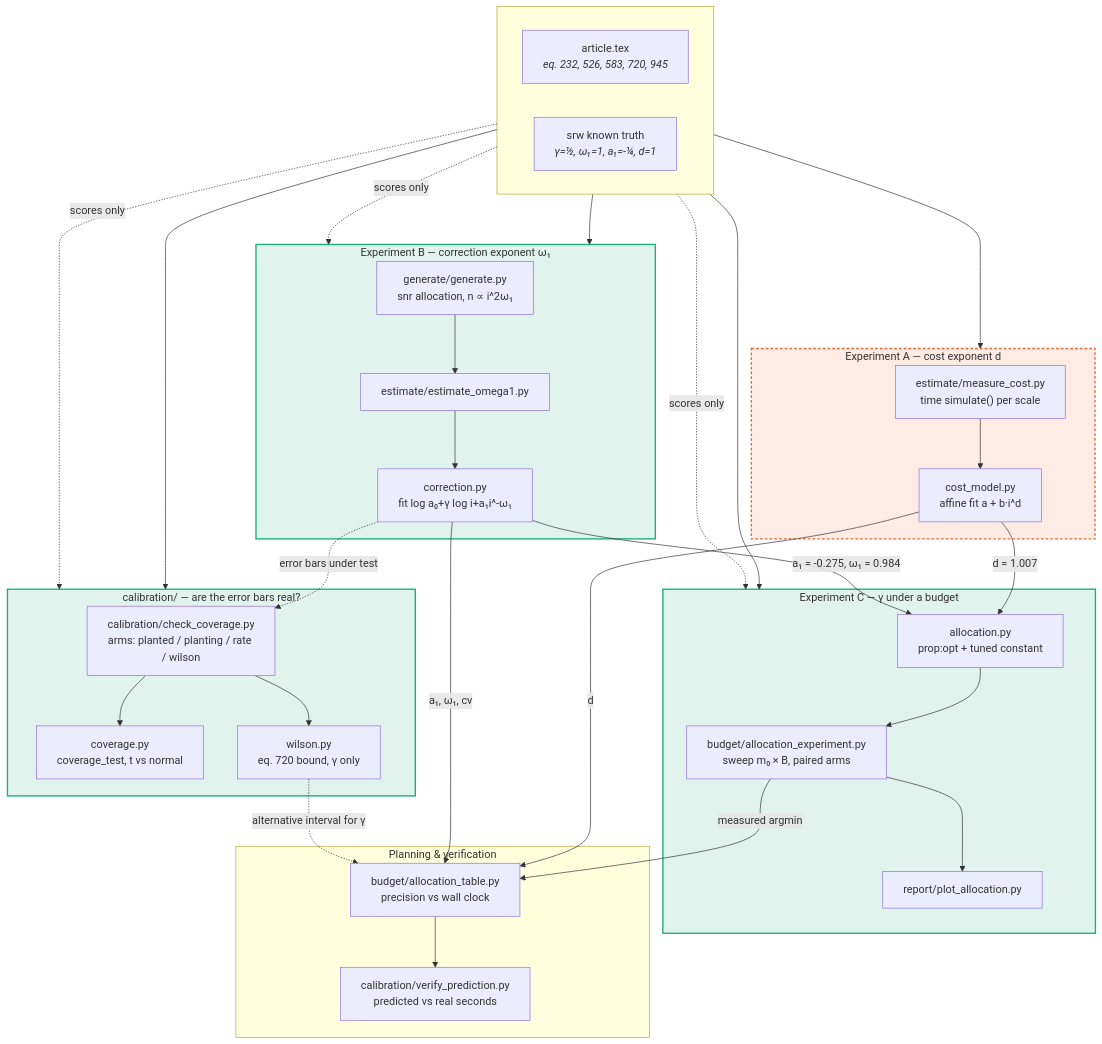
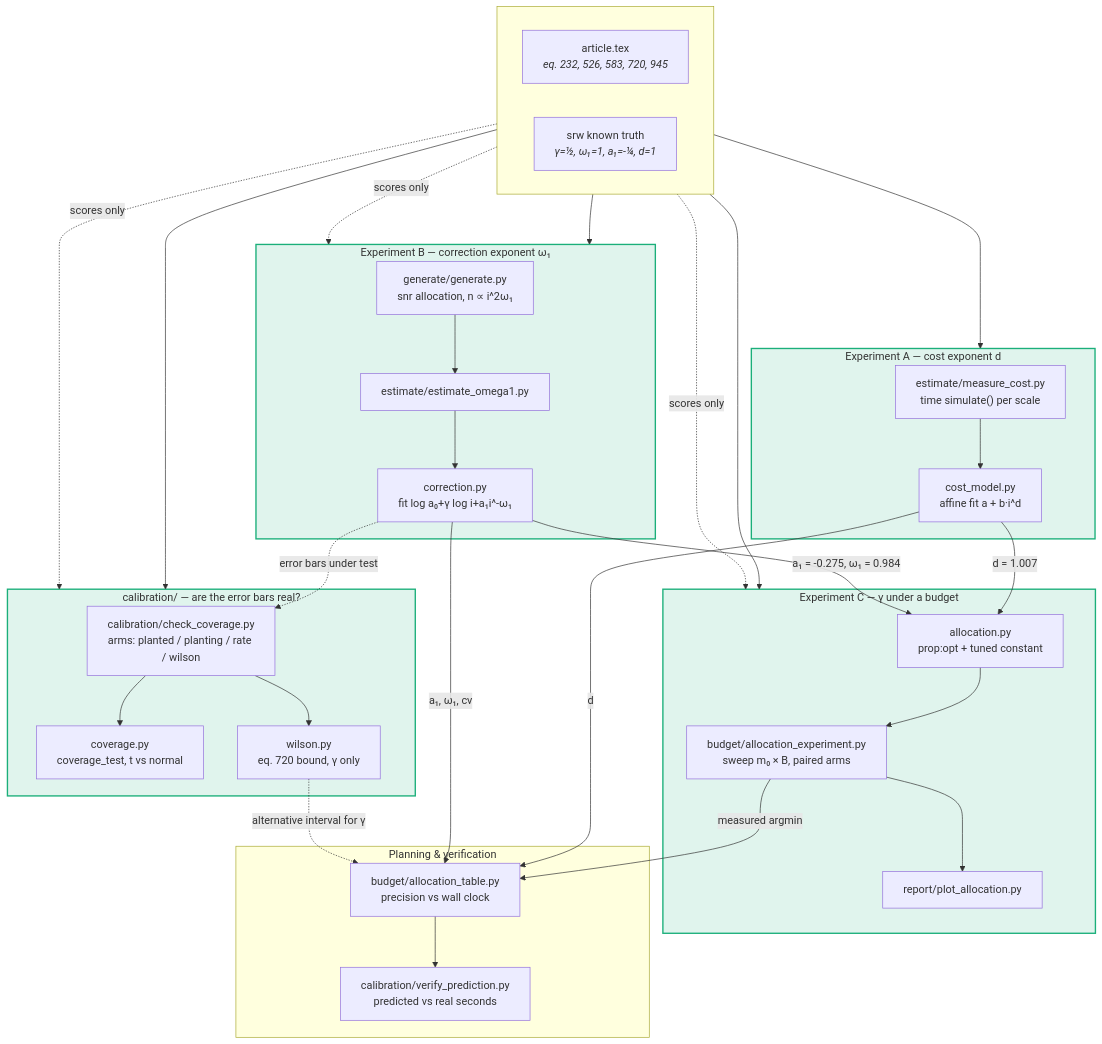
One commit to IgorSSBarbosa/loglog_validation changed the diagram in CATALOG.md. Above: the diagram before and after it, drawn with Mermaid. The commit also changed other lines of this file and 3 other files, not shown here.

````diff
--- a/CATALOG.md
+++ b/CATALOG.md
@@ -17,58 +17,57 @@
 ```mermaid
 flowchart TB
     subgraph inputs[" "]
         direction LR
         ART["article.tex<br/><i>eq. 232, 526, 583, 720, 945</i>"]
         TRUTH["srw known truth<br/><i>γ=½, ω₁=1, a₁=-¼, d=1</i>"]
     end
 
     subgraph expA["Experiment A — cost exponent d"]
         MC["estimate/measure_cost.py<br/>time simulate() per scale"]
         CM["cost_model.py<br/>affine fit a + b·i^d"]
         MC --> CM
     end
 
     subgraph expB["Experiment B — correction exponent ω₁"]
         GEN["generate/generate.py<br/>snr allocation, n ∝ i^2ω₁"]
         EO["estimate/estimate_omega1.py"]
         CORR["correction.py<br/>fit log a₀+γ log i+a₁i^-ω₁"]
         GEN --> EO --> CORR
     end
 
     subgraph expC["Experiment C — γ under a budget"]
         AE["budget/allocation_experiment.py<br/>sweep m₀ × B, paired arms"]
         ALLOC["allocation.py<br/>prop:opt + tuned constant"]
         PA["report/plot_allocation.py"]
         ALLOC --> AE --> PA
     end
 
     subgraph check["calibration/ — are the error bars real?"]
         CC["calibration/check_coverage.py<br/>arms: planted / planting / rate / wilson"]
         COV["coverage.py<br/>coverage_test, t vs normal"]
         WIL["wilson.py<br/>eq. 720 bound, γ only"]
         CC --> COV
         CC --> WIL
     end
 
     subgraph plan["Planning & verification"]
         AT["budget/allocation_table.py<br/>precision vs wall clock"]
         VP["calibration/verify_prediction.py<br/>predicted vs real seconds"]
     end
 
     ART --> expA & expB & expC & check
     TRUTH -.scores only.-> expB & expC & check
 
     CM -- "d = 1.007" --> ALLOC
     CM -- d --> AT
     CORR -- "a₁ = -0.275, ω₁ = 0.984" --> ALLOC
     CORR -- a₁, ω₁, cv --> AT
     AE -- measured argmin --> AT
     AT --> VP
     CORR -.error bars under test.-> CC
     WIL -.alternative interval for γ.-> AT
 
     classDef done fill:#1baf7a22,stroke:#1baf7a,stroke-width:2px
     classDef todo fill:#eb683422,stroke:#eb6834,stroke-width:2px,stroke-dasharray:4 3
-    class expB,expC,check done
-    class expA todo
+    class expA,expB,expC,check done
 ```
````
